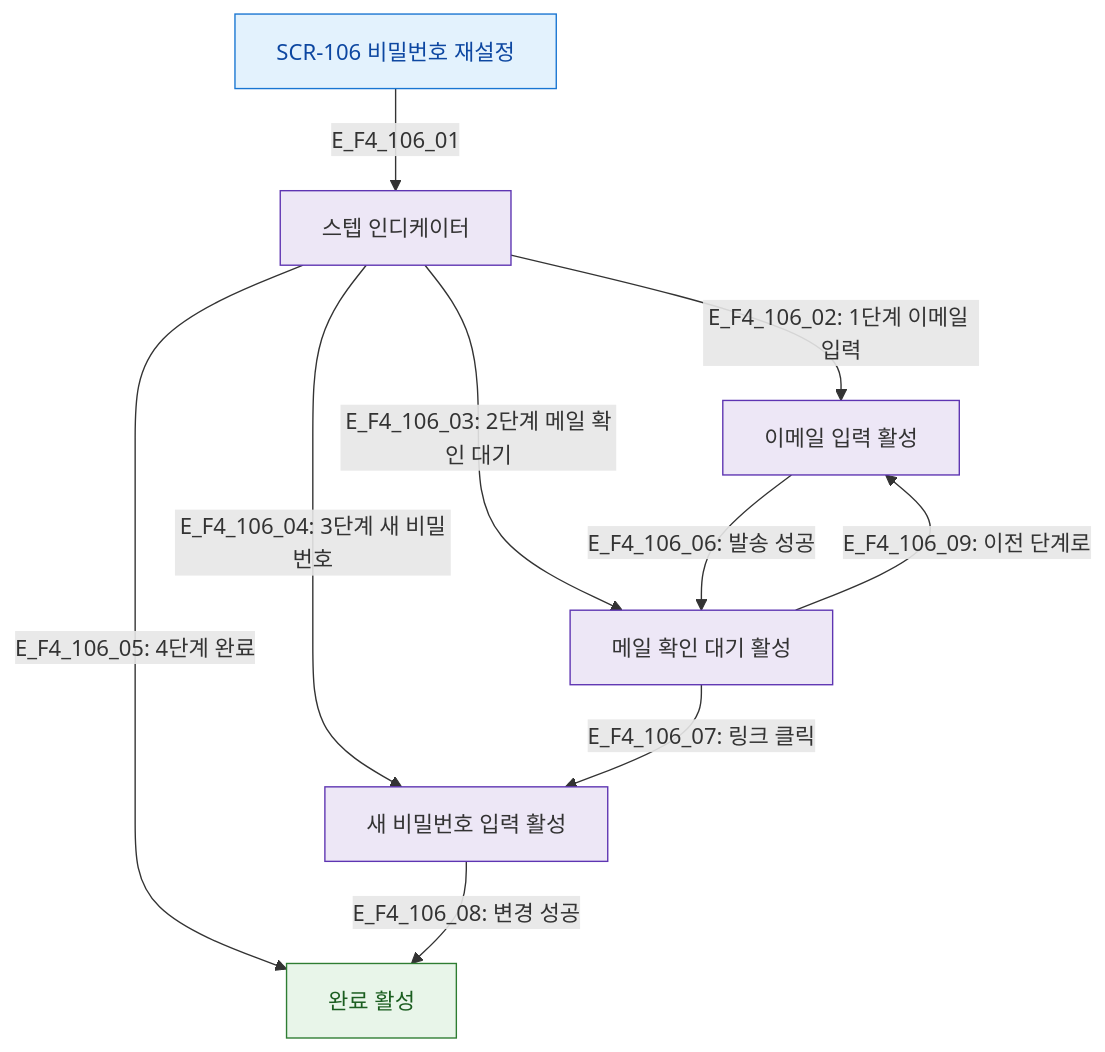
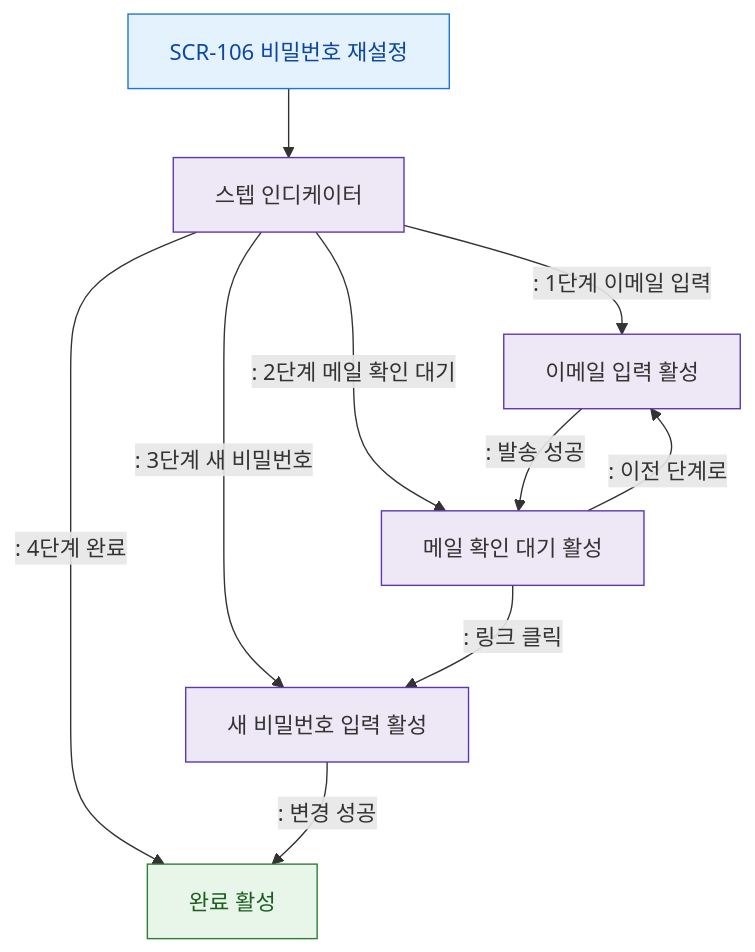
Before and after one commit to dev-spogym/admin-pando: the diagram in docs/다이어그램/D01_공통/SCR-106_비밀번호재설정/F4_필터검색.md, drawn with Mermaid. The commit also changed other lines of this file and 1660 other files, not shown here.

First line of the commit message:
다이어그램: 기획자/클라이언트 납품본으로 정리

````diff
--- a/docs/다이어그램/D01_공통/SCR-106_비밀번호재설정/F4_필터검색.md
+++ b/docs/다이어그램/D01_공통/SCR-106_비밀번호재설정/F4_필터검색.md
@@ -19,22 +17,22 @@
 ```mermaid
 flowchart TD
-    SCR_106[SCR-106 비밀번호 재설정] -->|E_F4_106_01| STEPPER[스텝 인디케이터]
+    SCR_106[SCR-106 비밀번호 재설정] --> STEPPER[스텝 인디케이터]
 
-    STEPPER -->|"E_F4_106_02: 1단계 이메일 입력"| STEP1[이메일 입력 활성]
-    STEPPER -->|"E_F4_106_03: 2단계 메일 확인 대기"| STEP2[메일 확인 대기 활성]
-    STEPPER -->|"E_F4_106_04: 3단계 새 비밀번호"| STEP3[새 비밀번호 입력 활성]
-    STEPPER -->|"E_F4_106_05: 4단계 완료"| STEP4[완료 활성]
+    STEPPER -->|": 1단계 이메일 입력"|STEP1[이메일 입력 활성]
+    STEPPER -->|": 2단계 메일 확인 대기"|STEP2[메일 확인 대기 활성]
+    STEPPER -->|": 3단계 새 비밀번호"|STEP3[새 비밀번호 입력 활성]
+    STEPPER -->|": 4단계 완료"|STEP4[완료 활성]
 
-    STEP1 -->|"E_F4_106_06: 발송 성공"| STEP2
-    STEP2 -->|"E_F4_106_07: 링크 클릭"| STEP3
-    STEP3 -->|"E_F4_106_08: 변경 성공"| STEP4
+    STEP1 -->|": 발송 성공"|STEP2
+    STEP2 -->|": 링크 클릭"|STEP3
+    STEP3 -->|": 변경 성공"|STEP4
 
-    STEP2 -->|"E_F4_106_09: 이전 단계로"| STEP1
+    STEP2 -->|": 이전 단계로"|STEP1
 
-    classDef screen  fill:#E3F2FD,stroke:#1976D2,color:#0D47A1
-    classDef system  fill:#EDE7F6,stroke:#5E35B2
+    classDef screen fill:#E3F2FD,stroke:#1976D2,color:#0D47A1
+    classDef system fill:#EDE7F6,stroke:#5E35B2
     classDef success fill:#E8F5E9,stroke:#2E7D32,color:#1B5E20
     class SCR_106 screen
     class STEPPER,STEP1,STEP2,STEP3 system
     class STEP4 success
 ```
````
